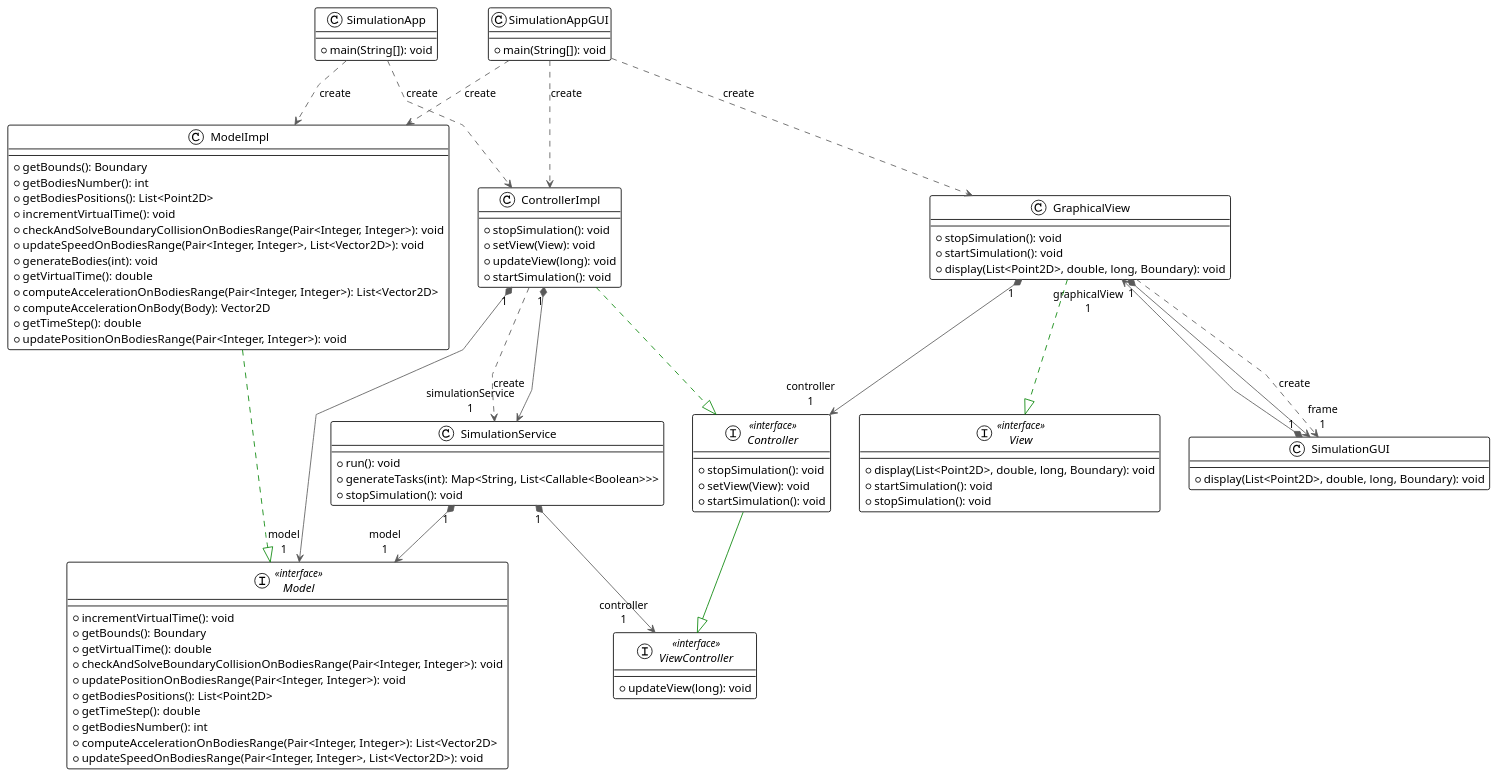
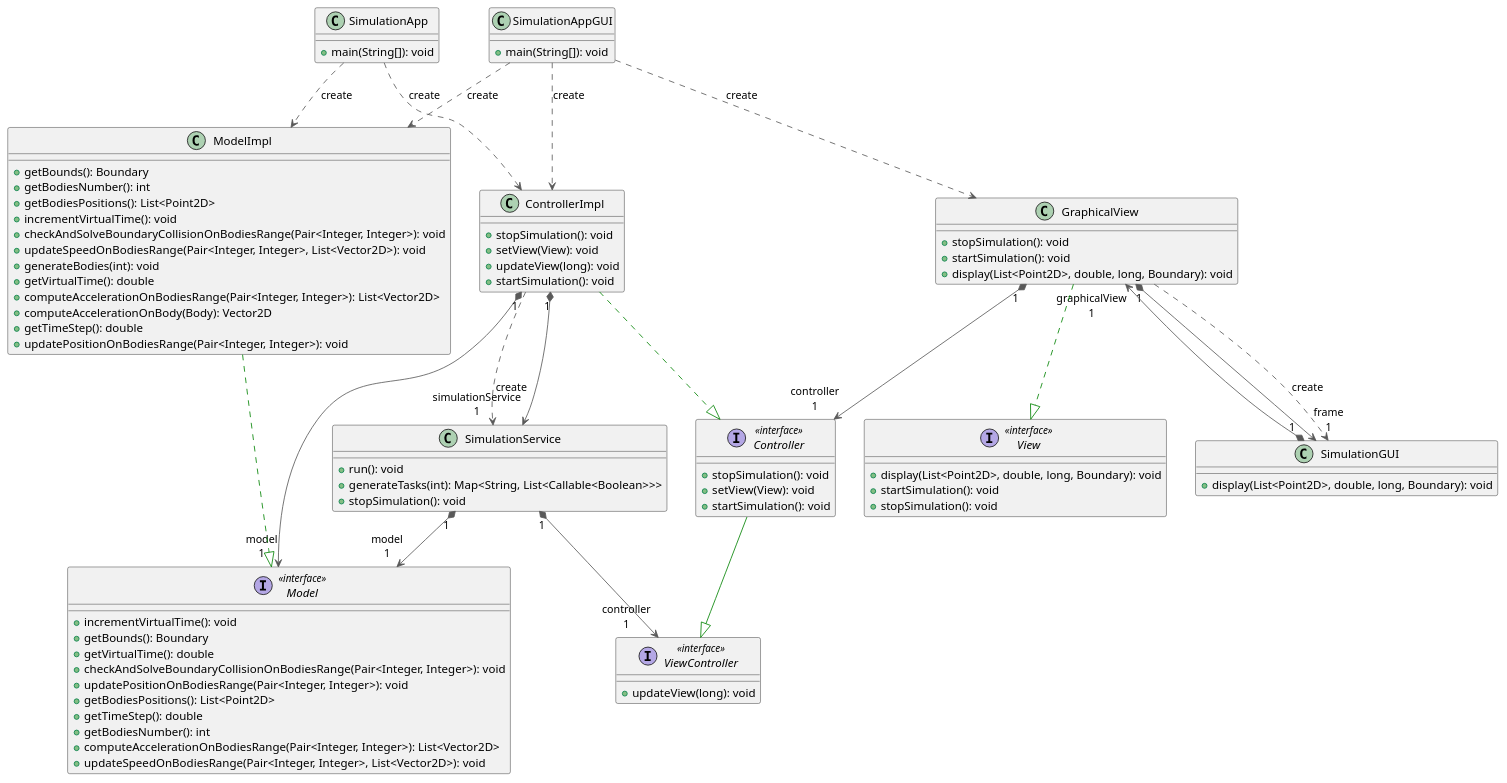
The diagram in project/src/main/uml/TFMVC.plantuml (FilippoVissani/assignment-02), drawn with PlantUML before and after one commit. The commit also changed 4 other files, not shown here.

```diff
--- a/project/src/main/uml/TFMVC.plantuml
+++ b/project/src/main/uml/TFMVC.plantuml
@@ -1,90 +1,86 @@
 @startuml
-
-!theme plain
-top to bottom direction
-skinparam linetype polyline
 
 interface Controller << interface >> {
   + stopSimulation(): void
   + setView(View): void
   + startSimulation(): void
 }
 class ControllerImpl {
   + stopSimulation(): void
   + setView(View): void
   + updateView(long): void
   + startSimulation(): void
 }
 class GraphicalView {
   + stopSimulation(): void
   + startSimulation(): void
   + display(List<Point2D>, double, long, Boundary): void
 }
 interface Model << interface >> {
   + incrementVirtualTime(): void
   + getBounds(): Boundary
   + getVirtualTime(): double
   + checkAndSolveBoundaryCollisionOnBodiesRange(Pair<Integer, Integer>): void
   + updatePositionOnBodiesRange(Pair<Integer, Integer>): void
   + getBodiesPositions(): List<Point2D>
   + getTimeStep(): double
   + getBodiesNumber(): int
   + computeAccelerationOnBodiesRange(Pair<Integer, Integer>): List<Vector2D>
   + updateSpeedOnBodiesRange(Pair<Integer, Integer>, List<Vector2D>): void
 }
 class ModelImpl {
   + getBounds(): Boundary
   + getBodiesNumber(): int
   + getBodiesPositions(): List<Point2D>
   + incrementVirtualTime(): void
   + checkAndSolveBoundaryCollisionOnBodiesRange(Pair<Integer, Integer>): void
   + updateSpeedOnBodiesRange(Pair<Integer, Integer>, List<Vector2D>): void
   + generateBodies(int): void
   + getVirtualTime(): double
   + computeAccelerationOnBodiesRange(Pair<Integer, Integer>): List<Vector2D>
   + computeAccelerationOnBody(Body): Vector2D
   + getTimeStep(): double
   + updatePositionOnBodiesRange(Pair<Integer, Integer>): void
 }
 class SimulationApp {
   + main(String[]): void
 }
 class SimulationAppGUI {
   + main(String[]): void
 }
 class SimulationGUI {
   + display(List<Point2D>, double, long, Boundary): void
 }
 class SimulationService {
   + run(): void
   + generateTasks(int): Map<String, List<Callable<Boolean>>>
   + stopSimulation(): void
 }
 interface View << interface >> {
   + display(List<Point2D>, double, long, Boundary): void
   + startSimulation(): void
   + stopSimulation(): void
 }
 interface ViewController << interface >> {
   + updateView(long): void
 }
 
 Controller         -[#008200,plain]-^  ViewController    
 ControllerImpl     -[#008200,dashed]-^  Controller        
 ControllerImpl    "1" *-[#595959,plain]-> "model\n1" Model             
 ControllerImpl    "1" *-[#595959,plain]-> "simulationService\n1" SimulationService 
 ControllerImpl     -[#595959,dashed]->  SimulationService : "«create»"
 GraphicalView     "1" *-[#595959,plain]-> "controller\n1" Controller        
 GraphicalView     "1" *-[#595959,plain]-> "frame\n1" SimulationGUI     
 GraphicalView      -[#595959,dashed]->  SimulationGUI     : "«create»"
 GraphicalView      -[#008200,dashed]-^  View              
 ModelImpl          -[#008200,dashed]-^  Model             
 SimulationApp      -[#595959,dashed]->  ControllerImpl    : "«create»"
 SimulationApp      -[#595959,dashed]->  ModelImpl         : "«create»"
 SimulationAppGUI   -[#595959,dashed]->  ControllerImpl    : "«create»"
 SimulationAppGUI   -[#595959,dashed]->  GraphicalView     : "«create»"
 SimulationAppGUI   -[#595959,dashed]->  ModelImpl         : "«create»"
 SimulationGUI     "1" *-[#595959,plain]-> "graphicalView\n1" GraphicalView     
 SimulationService "1" *-[#595959,plain]-> "model\n1" Model             
 SimulationService "1" *-[#595959,plain]-> "controller\n1" ViewController    
 @enduml
```
